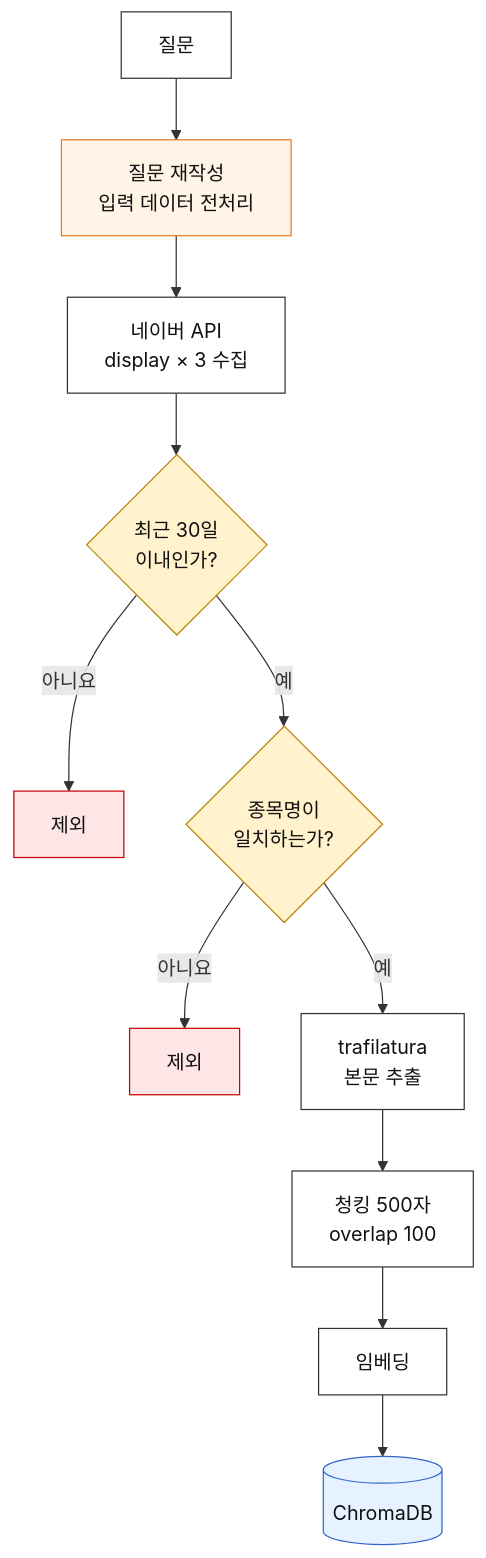
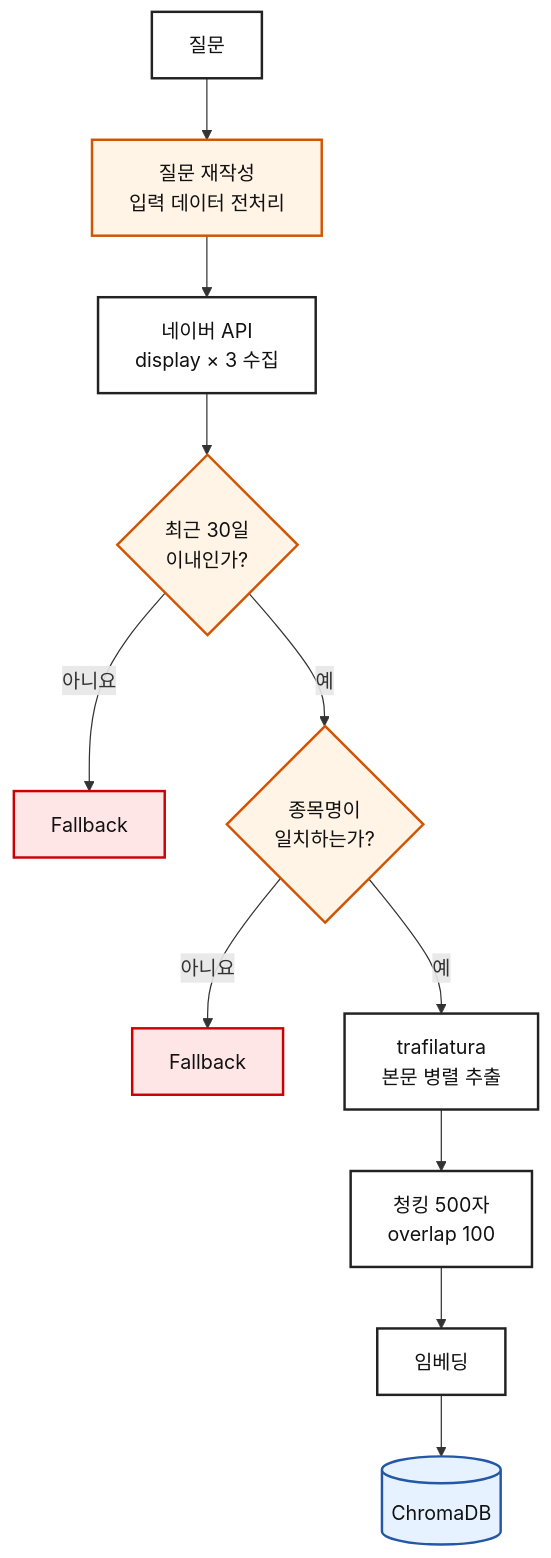
One commit to Dongju-00/eric-chatagent changed the fifth of 10 diagrams in README.md. Above: the diagram before and after it, drawn with Mermaid. The commit also changed other lines of this file, not shown here.

Commit message:
README 재작성

````diff
--- a/README.md
+++ b/README.md
@@ -199,28 +202,28 @@
 ```mermaid
 flowchart TB
-    Q["질문"] --> R["질문 재작성<br/>입력 데이터 전처리"]
+    Q[질문] --> R["질문 재작성<br/>입력 데이터 전처리"]
     R --> N["네이버 API<br/>display × 3 수집"]
+
     N --> D{"최근 30일<br/>이내인가?"}
+    D -- 아니요 --> X1[Fallback]
+    D -- 예 --> M{"종목명이<br/>일치하는가?"}
 
-    D -- "아니요" --> X1["제외"]
-    D -- "예" --> M{"종목명이<br/>일치하는가?"}
-
-    M -- "아니요" --> X2["제외"]
-    M -- "예" --> B["trafilatura<br/>본문 추출"]
+    M -- 아니요 --> X2[Fallback]
+    M -- 예 --> B["trafilatura<br/>본문 병렬 추출"]
 
     B --> CH["청킹 500자<br/>overlap 100"]
-    CH --> EM["임베딩"]
-    EM --> DB[("ChromaDB")]
+    CH --> EM[임베딩]
+    EM --> DB[(ChromaDB)]
 
-    classDef basic fill:#ffffff,stroke:#333333,color:#111111
-    classDef process fill:#fff4e6,stroke:#e67e22,color:#111111
-    classDef decision fill:#fff2cc,stroke:#b8860b,color:#111111
-    classDef exclude fill:#ffe6e6,stroke:#cc0000,color:#111111
-    classDef database fill:#e6f2ff,stroke:#3366cc,color:#111111
-
-    class Q,N,B,CH,EM basic
-    class R process
-    class D,M decision
-    class X1,X2 exclude
-    class DB database
+    style Q fill:#ffffff,stroke:#222222,stroke-width:2px,color:#111111
+    style R fill:#fff4e6,stroke:#d35400,stroke-width:2px,color:#111111
+    style N fill:#ffffff,stroke:#222222,stroke-width:2px,color:#111111
+    style D fill:#fff4e6,stroke:#d35400,stroke-width:2px,color:#111111
+    style M fill:#fff4e6,stroke:#d35400,stroke-width:2px,color:#111111
+    style X1 fill:#ffe6e6,stroke:#cc0000,stroke-width:2px,color:#111111
+    style X2 fill:#ffe6e6,stroke:#cc0000,stroke-width:2px,color:#111111
+    style B fill:#ffffff,stroke:#222222,stroke-width:2px,color:#111111
+    style CH fill:#ffffff,stroke:#222222,stroke-width:2px,color:#111111
+    style EM fill:#ffffff,stroke:#222222,stroke-width:2px,color:#111111
+    style DB fill:#e6f2ff,stroke:#2457a6,stroke-width:2px,color:#111111
 ```
````
